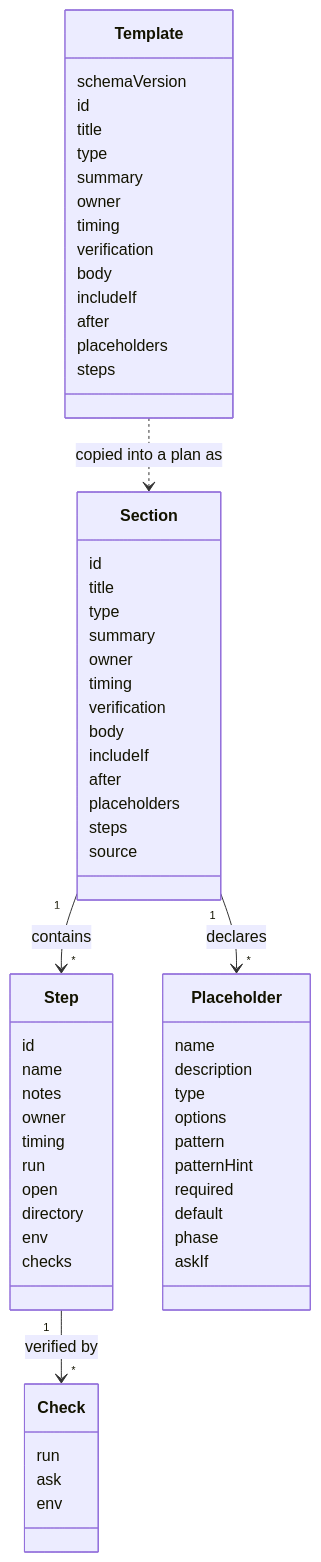
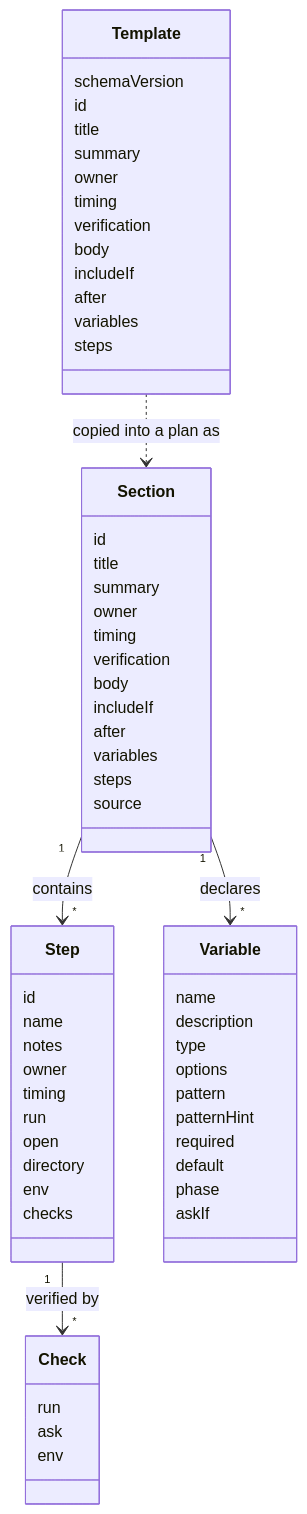
Before and after one commit to 8thlight-daveloper/onboard-kit: the diagram in docs/reference/section-template-schema/README.md, drawn with Mermaid. The commit also changed other lines of this file and 27 other files, not shown here.

Commit message:
Rename placeholder to variable, merge plan-level questions into plan variables, and drop the section type

````diff
--- a/docs/reference/section-template-schema/README.md
+++ b/docs/reference/section-template-schema/README.md
@@ -19,67 +19,65 @@
 ```mermaid
 classDiagram
     class Template {
         schemaVersion
         id
         title
-        type
         summary
         owner
         timing
         verification
         body
         includeIf
         after
-        placeholders
+        variables
         steps
     }
     class Section {
         id
         title
-        type
         summary
         owner
         timing
         verification
         body
         includeIf
         after
-        placeholders
+        variables
         steps
         source
     }
     class Step {
         id
         name
         notes
         owner
         timing
         run
         open
         directory
         env
         checks
     }
     class Check {
         run
         ask
         env
     }
-    class Placeholder {
+    class Variable {
         name
         description
         type
         options
         pattern
         patternHint
         required
         default
         phase
         askIf
     }
 
     Template ..> Section : copied into a plan as
-    Section "1" --> "*" Placeholder : declares
+    Section "1" --> "*" Variable : declares
     Section "1" --> "*" Step : contains
     Step "1" --> "*" Check : verified by
 ```
````
